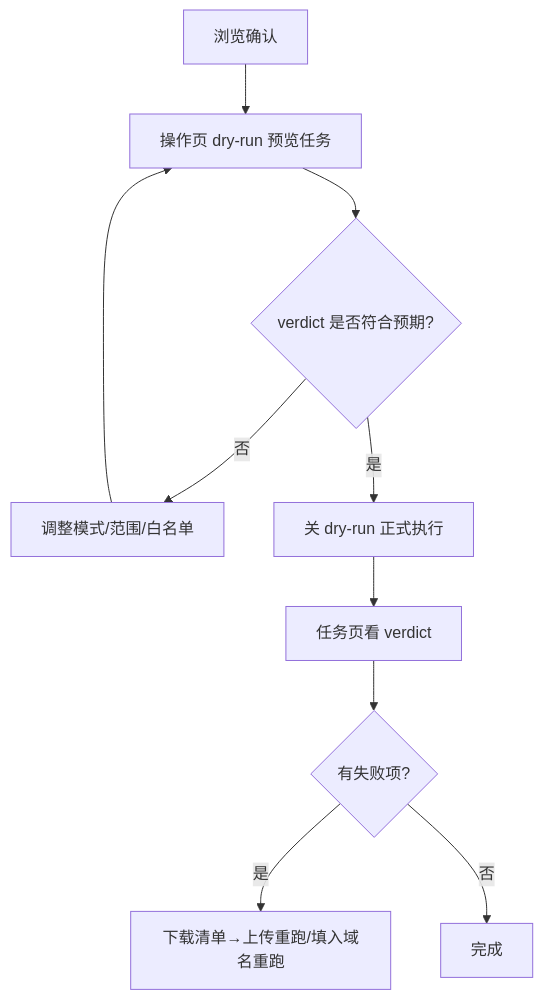
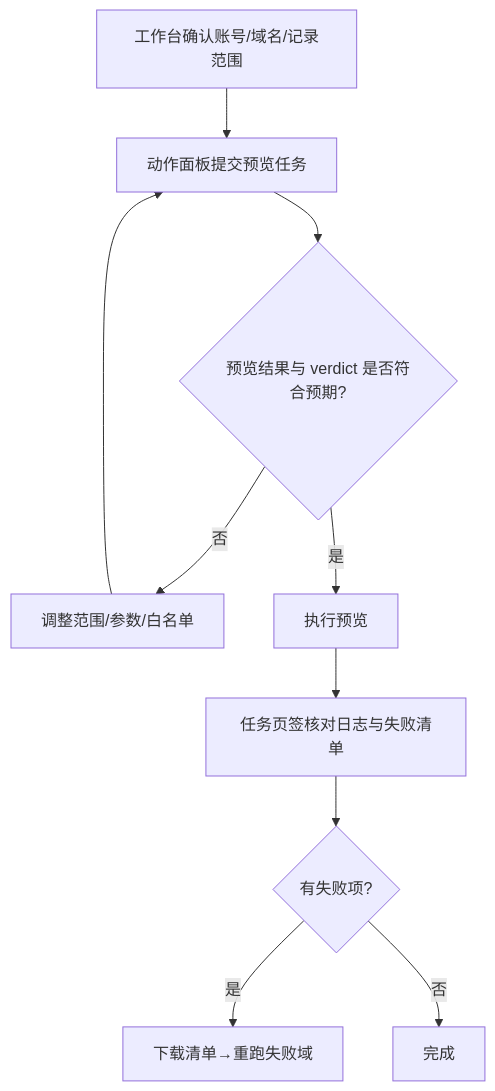
One commit to xuchaoxin1375/scripts changed the diagram in wp/woocommerce/woo_df/pys/cf_api/webui/USAGE.md. Above: the diagram before and after it, drawn with Mermaid. The commit also changed other lines of this file and 43 other files, not shown here.

````diff
--- a/wp/woocommerce/woo_df/pys/cf_api/webui/USAGE.md
+++ b/wp/woocommerce/woo_df/pys/cf_api/webui/USAGE.md
@@ -41,12 +42,12 @@
 ```mermaid
 flowchart TD
-    A[浏览确认] --> B[操作页 dry-run 预览任务]
-    B --> C{verdict 是否符合预期?}
-    C -->|否| D[调整模式/范围/白名单]
+    A[工作台确认账号/域名/记录范围] --> B[动作面板提交预览任务]
+    B --> C{预览结果与 verdict 是否符合预期?}
+    C -->|否| D[调整范围/参数/白名单]
     D --> B
-    C -->|是| E[关 dry-run 正式执行]
-    E --> F[任务页看 verdict]
+    C -->|是| E[执行预览]
+    E --> F[任务页签核对日志与失败清单]
     F --> G{有失败项?}
-    G -->|是| H[下载清单→上传重跑/填入域名重跑]
+    G -->|是| H[下载清单→重跑失败域]
     G -->|否| I[完成]
 ```
````
